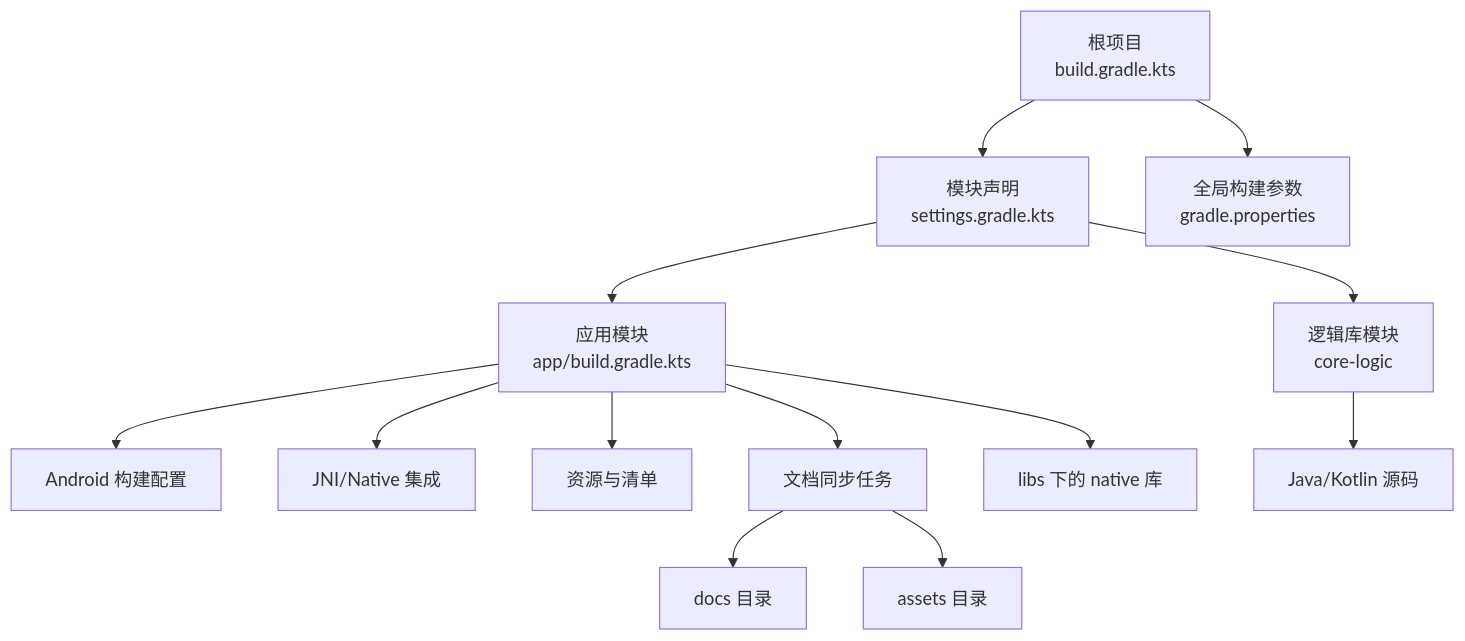
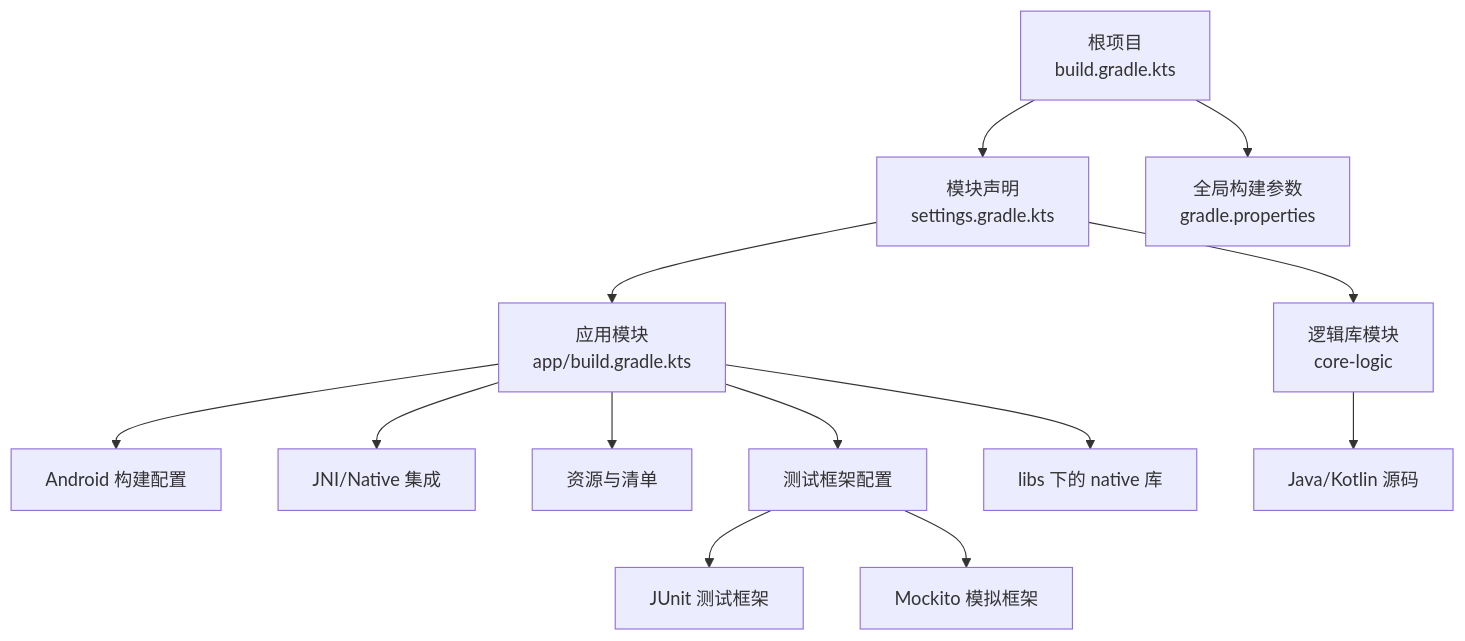
The first of 4 diagrams in .qoder/repowiki/zh/content/部署与构建/Gradle 构建配置.md (qiaodashaoye/ziyou-ime), drawn with Mermaid before and after one commit. The commit also changed other lines of this file and 14 other files, not shown here.

````diff
--- a/.qoder/repowiki/zh/content/部署与构建/Gradle 构建配置.md
+++ b/.qoder/repowiki/zh/content/部署与构建/Gradle 构建配置.md
@@ -46,15 +47,15 @@
 ```mermaid
 graph TB
 root["根项目<br/>build.gradle.kts"] --> settings["模块声明<br/>settings.gradle.kts"]
 root --> props["全局构建参数<br/>gradle.properties"]
 settings --> app_mod["应用模块<br/>app/build.gradle.kts"]
 settings --> core_mod["逻辑库模块<br/>core-logic"]
 app_mod --> android_cfg["Android 构建配置"]
 app_mod --> jni_cfg["JNI/Native 集成"]
 app_mod --> res_cfg["资源与清单"]
-app_mod --> doc_sync["文档同步任务"]
+app_mod --> test_cfg["测试框架配置"]
 core_mod --> java_src["Java/Kotlin 源码"]
 app_mod --> native_libs["libs 下的 native 库"]
-doc_sync --> docs_dir["docs 目录"]
-doc_sync --> assets_dir["assets 目录"]
+test_cfg --> junit["JUnit 测试框架"]
+test_cfg --> mockito["Mockito 模拟框架"]
 ```
````
